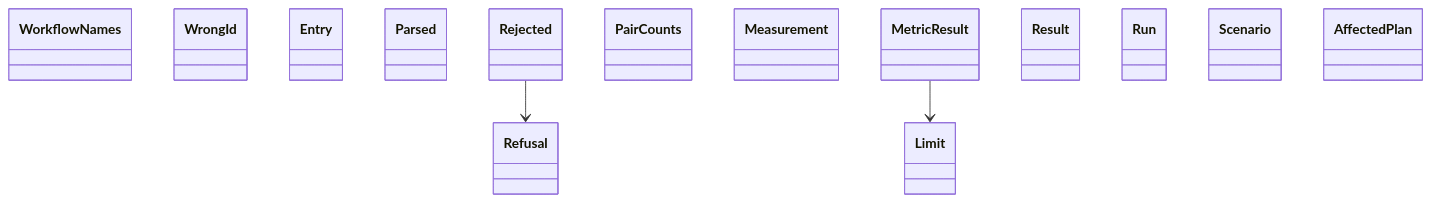
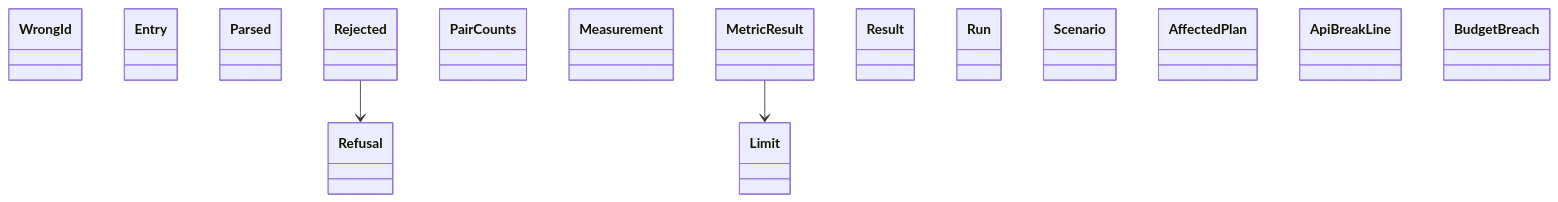
Before and after one commit to GonzaloZevallos/agentic-system: the diagram in docs/architecture/generated/classes-process-domain-checks-2.md, drawn with Mermaid. The commit also changed 6 other files, not shown here.

Commit message:
Regenerate architecture docs for the non-code landing domain

````diff
--- a/docs/architecture/generated/classes-process-domain-checks-2.md
+++ b/docs/architecture/generated/classes-process-domain-checks-2.md
@@ -23,19 +23,20 @@
 ```mermaid
 classDiagram
-    class ci_workflow__WorkflowNames["WorkflowNames"]
     class ci_workflow__WrongId["WrongId"]
     class coverage__Entry["Entry"]
     class coverage__Parsed["Parsed"]
     class coverage__Refusal["Refusal"]
     class coverage__Rejected["Rejected"]
     class merge_ci__PairCounts["PairCounts"]
     class performance__Limit["Limit"]
     class performance__Measurement["Measurement"]
     class performance__MetricResult["MetricResult"]
     class performance__Result["Result"]
     class performance__Run["Run"]
     class performance__Scenario["Scenario"]
     class presubmit__AffectedPlan["AffectedPlan"]
+    class presubmit__ApiBreakLine["ApiBreakLine"]
+    class presubmit__BudgetBreach["BudgetBreach"]
     coverage__Rejected --> coverage__Refusal
     performance__MetricResult --> performance__Limit
 ```
````
